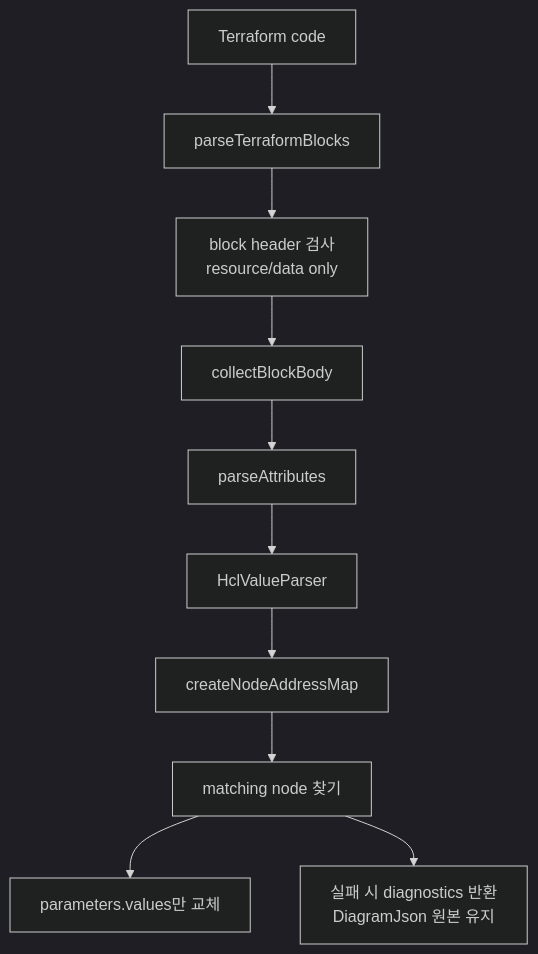
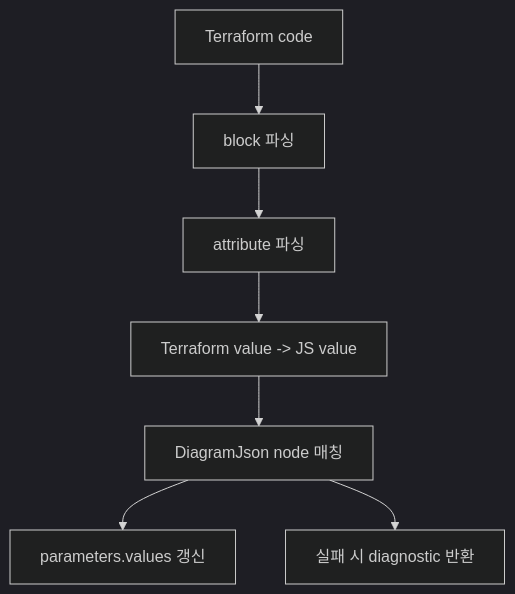
One commit to NearthYou/SketchCatch changed the fourth of 6 diagrams in docs/sw/003_테라폼동기화구조설명_sw.md. Above: the diagram before and after it, drawn with Mermaid (dark theme). The commit also changed other lines of this file, not shown here.

Commit message:
Docs: Terraform 동기화 구조 설명 보강

````diff
--- a/docs/sw/003_테라폼동기화구조설명_sw.md
+++ b/docs/sw/003_테라폼동기화구조설명_sw.md
@@ -55,12 +239,9 @@
 ```mermaid
 flowchart TD
-  A["Terraform code"] --> B["parseTerraformBlocks"]
-  B --> C["block header 검사\nresource/data only"]
-  C --> D["collectBlockBody"]
-  D --> E["parseAttributes"]
-  E --> F["HclValueParser"]
-  F --> G["createNodeAddressMap"]
-  G --> H["matching node 찾기"]
-  H --> I["parameters.values만 교체"]
-  H --> J["실패 시 diagnostics 반환\nDiagramJson 원본 유지"]
+  A["Terraform code"] --> B["block 파싱"]
+  B --> C["attribute 파싱"]
+  C --> D["Terraform value -> JS value"]
+  D --> E["DiagramJson node 매칭"]
+  E --> F["parameters.values 갱신"]
+  E --> G["실패 시 diagnostic 반환"]
 ```
````
